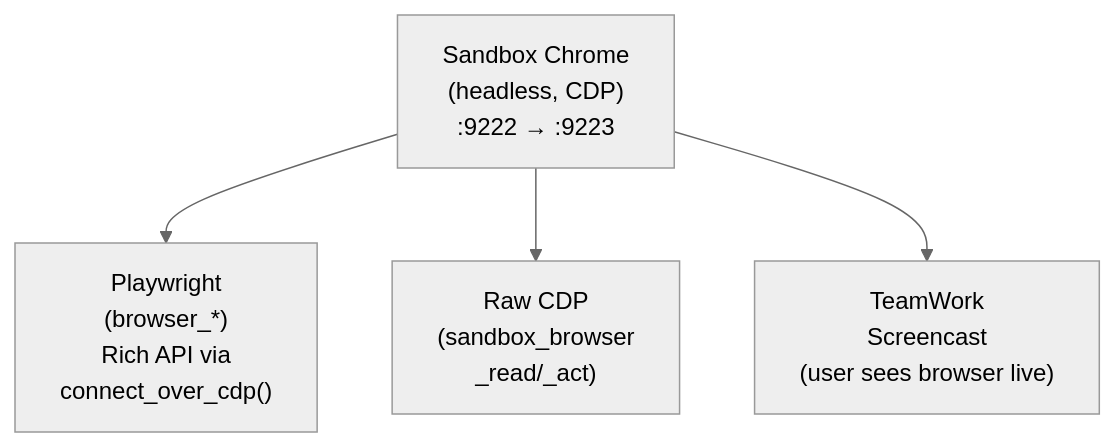
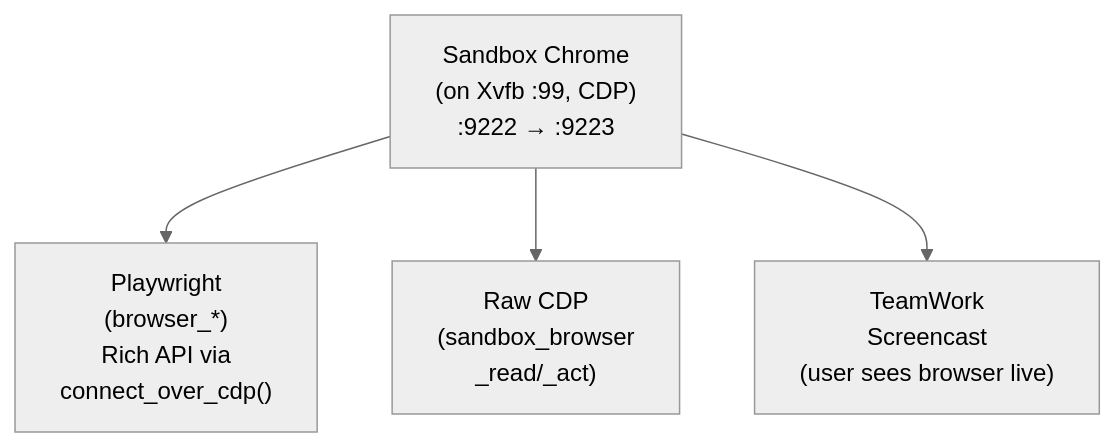
Before and after one commit to praxagent/prax-sandbox: the first of 3 diagrams in docs/browser.md, drawn with Mermaid (neutral theme). The commit also changed other lines of this file and 13 other files, not shown here.

````diff
--- a/docs/browser.md
+++ b/docs/browser.md
@@ -17,7 +21,7 @@
 ```mermaid
 flowchart TD
-    Chrome["Sandbox Chrome\n(headless, CDP)\n:9222 → :9223"]
+    Chrome["Sandbox Chrome\n(on Xvfb :99, CDP)\n:9222 → :9223"]
     Chrome --> PW["Playwright\n(browser_*)\nRich API via\nconnect_over_cdp()"]
     Chrome --> CDP["Raw CDP\n(sandbox_browser\n_read/_act)"]
     Chrome --> TW["TeamWork\nScreencast\n(user sees browser live)"]
 ```
````
